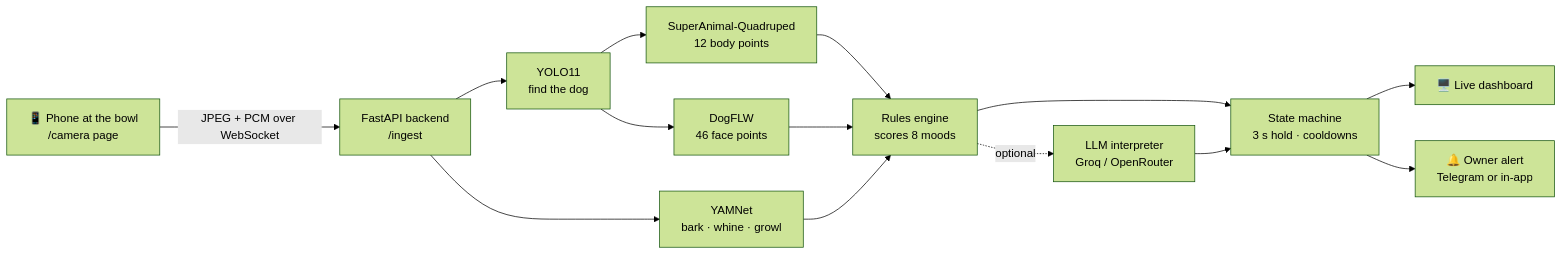
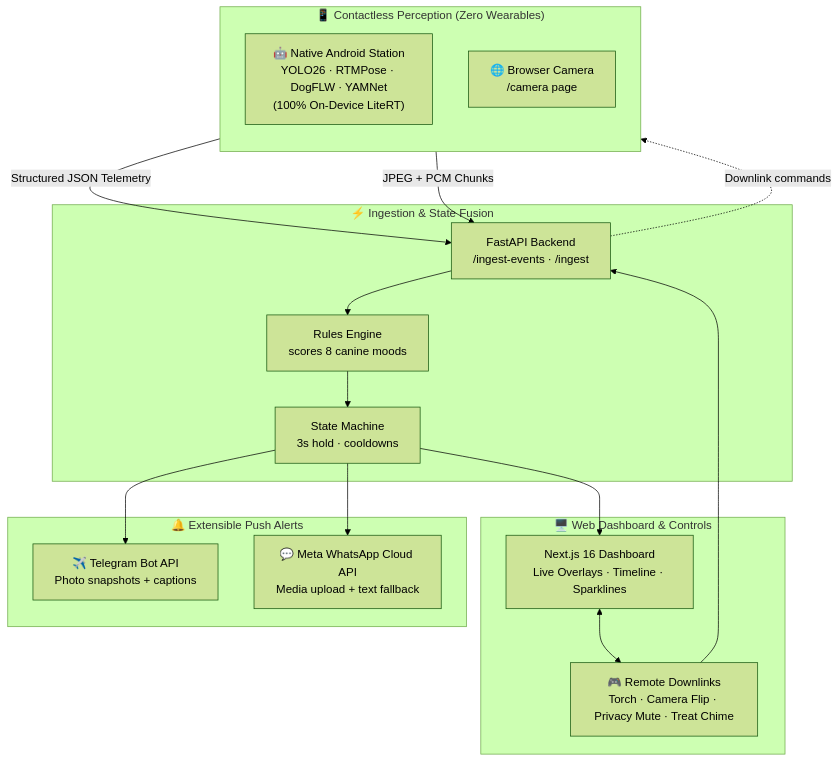
Before and after one commit to 07AMIT10/BehindTheBarks: the diagram in README.md, drawn with Mermaid (forest theme). The commit also changed other lines of this file, not shown here.

Commit message:
docs: upgrade README with Android edge station, WhatsApp alerts, 467 tests, and user guide

````diff
--- a/README.md
+++ b/README.md
@@ -97,13 +100,34 @@
 ```mermaid
-flowchart LR
-  P["📱 Phone at the bowl<br/>/camera page"] -- "JPEG + PCM over WebSocket" --> B["FastAPI backend<br/>/ingest"]
-  B --> Y["YOLO11<br/>find the dog"]
-  Y --> K["SuperAnimal-Quadruped<br/>12 body points"]
-  Y --> F["DogFLW<br/>46 face points"]
-  B --> A["YAMNet<br/>bark · whine · growl"]
-  K & F & A --> R["Rules engine<br/>scores 8 moods"]
-  R -. optional .-> L["LLM interpreter<br/>Groq / OpenRouter"]
-  R & L --> S["State machine<br/>3 s hold · cooldowns"]
-  S --> D["🖥️ Live dashboard"]
-  S --> T["🔔 Owner alert<br/>Telegram or in-app"]
+flowchart TD
+  subgraph Perception ["📱 Contactless Perception (Zero Wearables)"]
+    direction TB
+    A1["🤖 Native Android Station<br/>YOLO26 · RTMPose · DogFLW · YAMNet<br/>(100% On-Device LiteRT)"]
+    A2["🌐 Browser Camera<br/>/camera page"]
+  end
+
+  subgraph Ingest ["⚡ Ingestion & State Fusion"]
+    B["FastAPI Backend<br/>/ingest-events · /ingest"]
+    R["Rules Engine<br/>scores 8 canine moods"]
+    S["State Machine<br/>3s hold · cooldowns"]
+    B --> R --> S
+  end
+
+  subgraph Interface ["🖥️ Web Dashboard & Controls"]
+    D["Next.js 16 Dashboard<br/>Live Overlays · Timeline · Sparklines"]
+    CTL["🎮 Remote Downlinks<br/>Torch · Camera Flip · Privacy Mute · Treat Chime"]
+    D <--> CTL
+    CTL --> B
+    B -. Downlink commands .-> A1
+  end
+
+  subgraph Notifications ["🔔 Extensible Push Alerts"]
+    TG["✈️ Telegram Bot API<br/>Photo snapshots + captions"]
+    WA["💬 Meta WhatsApp Cloud API<br/>Media upload + text fallback"]
+  end
+
+  A1 -- "Structured JSON Telemetry" --> B
+  A2 -- "JPEG + PCM Chunks" --> B
+  S --> D
+  S --> TG
+  S --> WA
 ```
````
